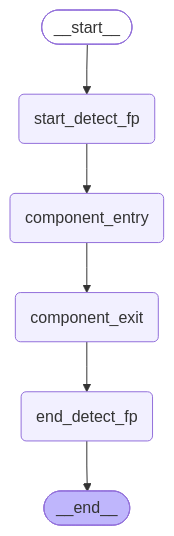
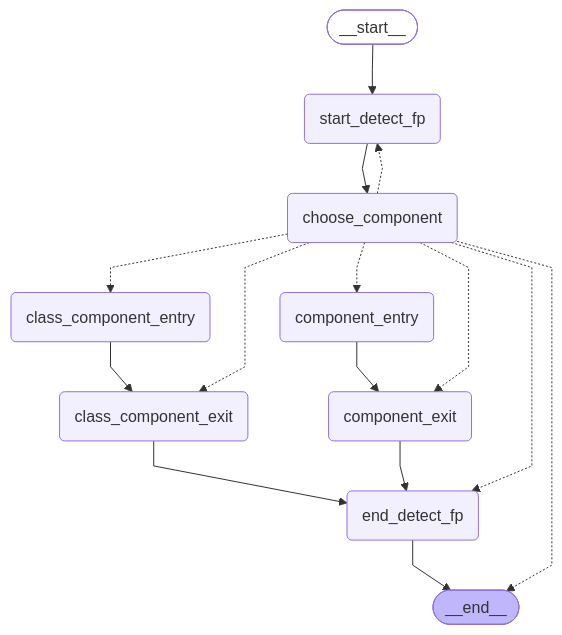
The fifth of 5 diagrams in docs/duo_workflow_service_graphs.md (flyisland/ai-gateway), drawn with Mermaid before and after one commit. The commit also changed 2 other files, not shown here.

Commit message:
feat: enhance SAST false positive detection workflow with class-based component
- Introduced `DetectSastFpComponent` to encapsulate the detection logic with entry and exit nodes.
- Updated the workflow to include a decision point for choosing between function-based and class-based components.
- Enhanced the mermaid graph to reflect the new component structure and flow.
- Added logging for entry and exit points in the new component to improve traceability.

````diff
--- a/docs/duo_workflow_service_graphs.md
+++ b/docs/duo_workflow_service_graphs.md
@@ -192,22 +192,34 @@
 ```mermaid
 ---
 config:
   flowchart:
     curve: linear
 ---
 graph TD;
     __start__([<p>__start__</p>]):::first
     start_detect_fp(start_detect_fp)
+    choose_component(choose_component)
     component_entry(component_entry)
     component_exit(component_exit)
+    class_component_entry(class_component_entry)
+    class_component_exit(class_component_exit)
     end_detect_fp(end_detect_fp)
     __end__([<p>__end__</p>]):::last
     __start__ --> start_detect_fp;
+    class_component_entry --> class_component_exit;
+    class_component_exit --> end_detect_fp;
     component_entry --> component_exit;
     component_exit --> end_detect_fp;
     end_detect_fp --> __end__;
-    start_detect_fp --> component_entry;
+    start_detect_fp --> choose_component;
+    choose_component -.-> start_detect_fp;
+    choose_component -.-> component_entry;
+    choose_component -.-> component_exit;
+    choose_component -.-> class_component_entry;
+    choose_component -.-> class_component_exit;
+    choose_component -.-> end_detect_fp;
+    choose_component -.-> __end__;
     classDef default fill:#f2f0ff,line-height:1.2
     classDef first fill-opacity:0
     classDef last fill:#bfb6fc
 ```
````
